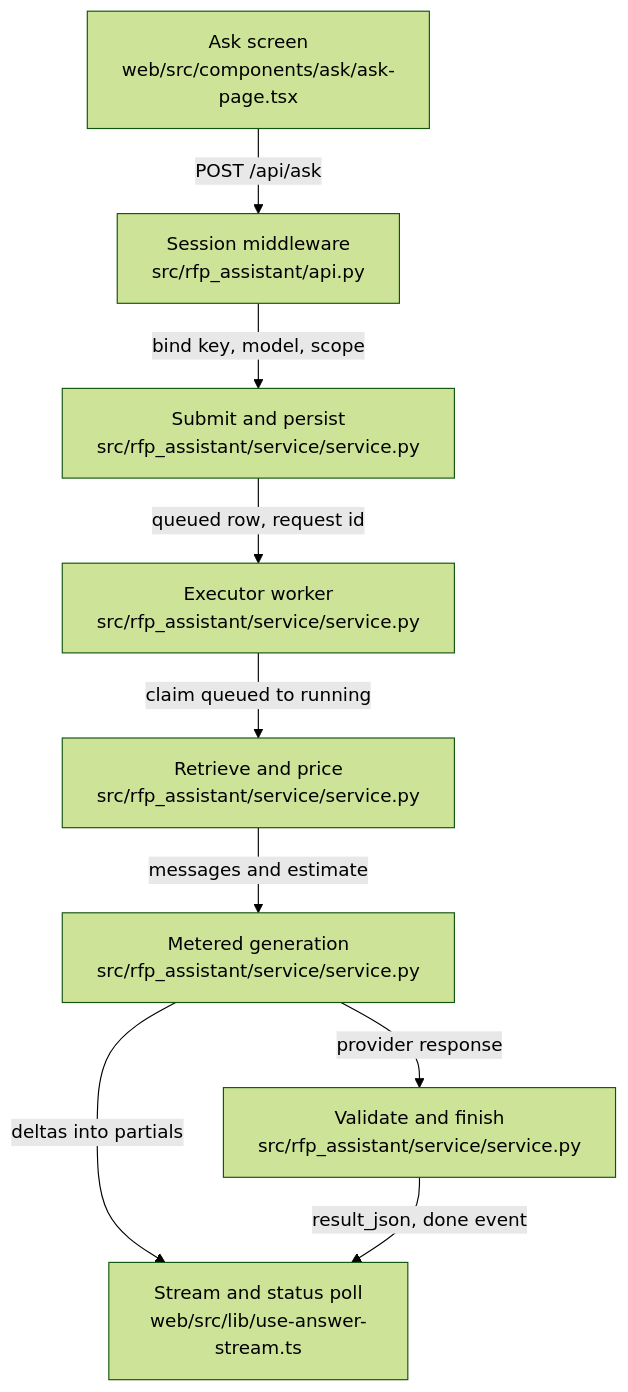
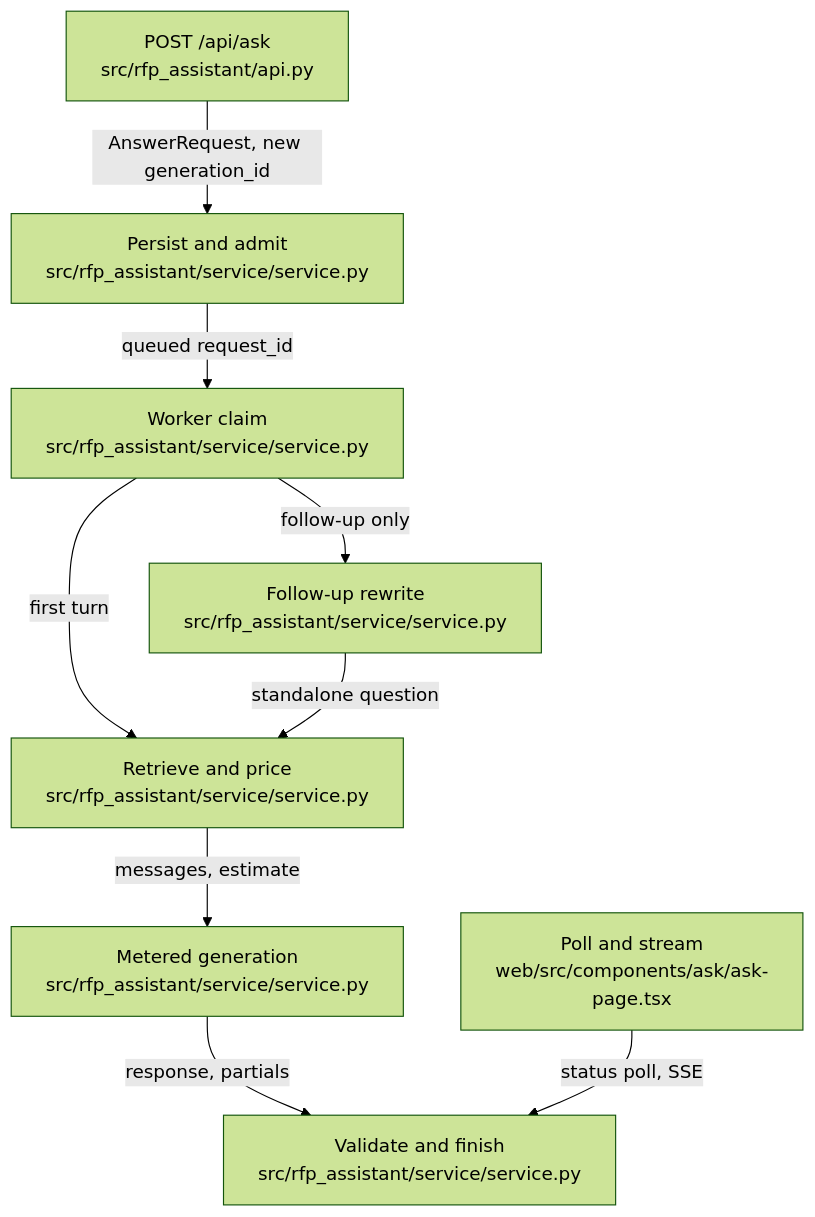
One commit to littleeeeebit/project-codeit-mid changed the diagram in .omm/request-lifecycle/diagram.mmd. Above: the diagram before and after it, drawn with Mermaid (forest theme). The commit also changed 413 other files, not shown here.

```diff
--- a/.omm/request-lifecycle/diagram.mmd
+++ b/.omm/request-lifecycle/diagram.mmd
@@ -1,17 +1,17 @@
 graph TD
-  ask-screen["Ask screen\nweb/src/components/ask/ask-page.tsx"]
-  session-gate["Session middleware\nsrc/rfp_assistant/api.py"]
-  submit-answer["Submit and persist\nsrc/rfp_assistant/service/service.py"]
-  worker-thread["Executor worker\nsrc/rfp_assistant/service/service.py"]
-  retrieval-stage["Retrieve and price\nsrc/rfp_assistant/service/service.py"]
-  generation-stage["Metered generation\nsrc/rfp_assistant/service/service.py"]
-  finish-record["Validate and finish\nsrc/rfp_assistant/service/service.py"]
-  stream-poll["Stream and status poll\nweb/src/lib/use-answer-stream.ts"]
-  ask-screen -->|POST /api/ask| session-gate
-  session-gate -->|bind key, model, scope| submit-answer
-  submit-answer -->|queued row, request id| worker-thread
-  worker-thread -->|claim queued to running| retrieval-stage
-  retrieval-stage -->|messages and estimate| generation-stage
-  generation-stage -->|deltas into partials| stream-poll
-  generation-stage -->|provider response| finish-record
-  finish-record -->|result_json, done event| stream-poll
+  ask-post["POST /api/ask\nsrc/rfp_assistant/api.py"]
+  persist-admit["Persist and admit\nsrc/rfp_assistant/service/service.py"]
+  worker-claim["Worker claim\nsrc/rfp_assistant/service/service.py"]
+  rewrite["Follow-up rewrite\nsrc/rfp_assistant/service/service.py"]
+  retrieve-price["Retrieve and price\nsrc/rfp_assistant/service/service.py"]
+  metered-generation["Metered generation\nsrc/rfp_assistant/service/service.py"]
+  validate-finish["Validate and finish\nsrc/rfp_assistant/service/service.py"]
+  screen-poll["Poll and stream\nweb/src/components/ask/ask-page.tsx"]
+  ask-post -->|"AnswerRequest, new generation_id"| persist-admit
+  persist-admit -->|"queued request_id"| worker-claim
+  worker-claim -->|"follow-up only"| rewrite
+  worker-claim -->|"first turn"| retrieve-price
+  rewrite -->|"standalone question"| retrieve-price
+  retrieve-price -->|"messages, estimate"| metered-generation
+  metered-generation -->|"response, partials"| validate-finish
+  screen-poll -->|"status poll, SSE"| validate-finish
```
